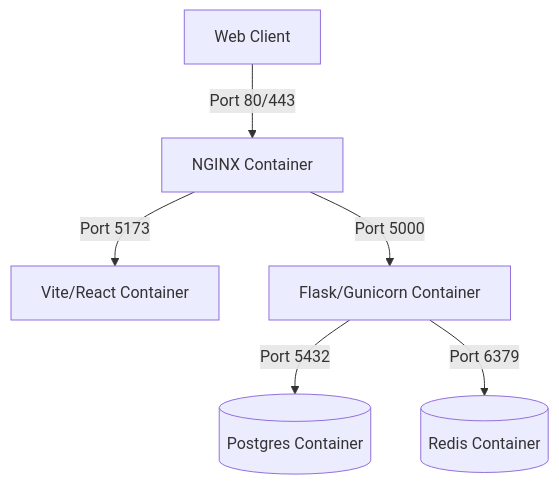
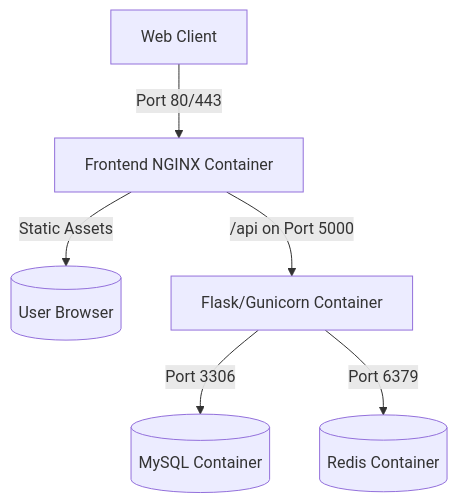
One commit to JagabattulaKarthikeya-1227/FraudShield-AI changed the diagram in docs/DEPLOYMENT.md. Above: the diagram before and after it, drawn with Mermaid. The commit also changed other lines of this file and 16 other files, not shown here.

Commit message:
fix: resolve failing tests, pin numpy, fix test mocks, and update architecture docs

````diff
--- a/docs/DEPLOYMENT.md
+++ b/docs/DEPLOYMENT.md
@@ -17,9 +17,9 @@
 ```mermaid
 graph TD
-    Client[Web Client] -->|Port 80/443| Nginx[NGINX Container]
-    Nginx -->|Port 5173| Frontend[Vite/React Container]
-    Nginx -->|Port 5000| Backend[Flask/Gunicorn Container]
+    Client[Web Client] -->|Port 80/443| Frontend[Frontend NGINX Container]
+    Frontend -->|Static Assets| Browser[(User Browser)]
+    Frontend -->|/api on Port 5000| Backend[Flask/Gunicorn Container]
     
-    Backend -->|Port 5432| DB[(Postgres Container)]
+    Backend -->|Port 3306| DB[(MySQL Container)]
     Backend -->|Port 6379| Redis[(Redis Container)]
 ```
````
